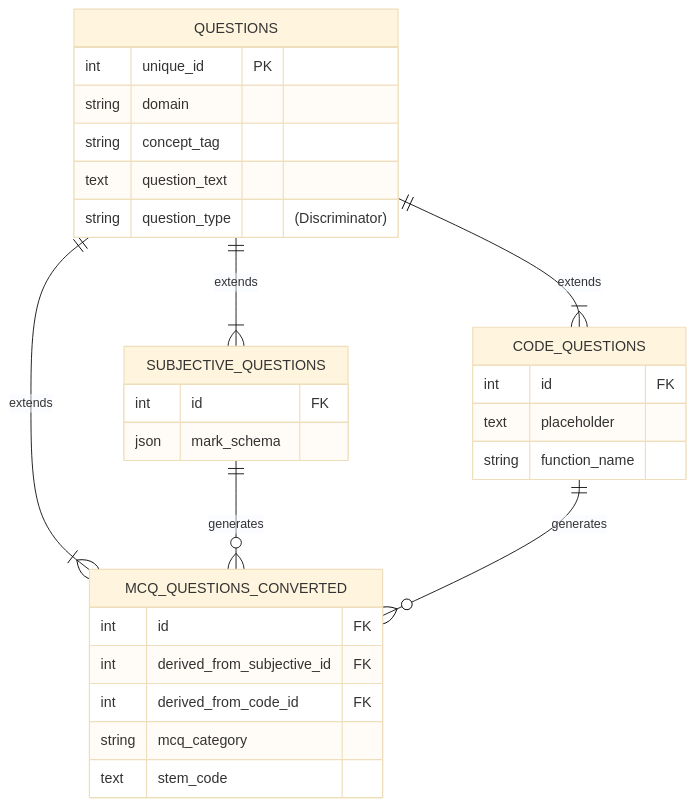
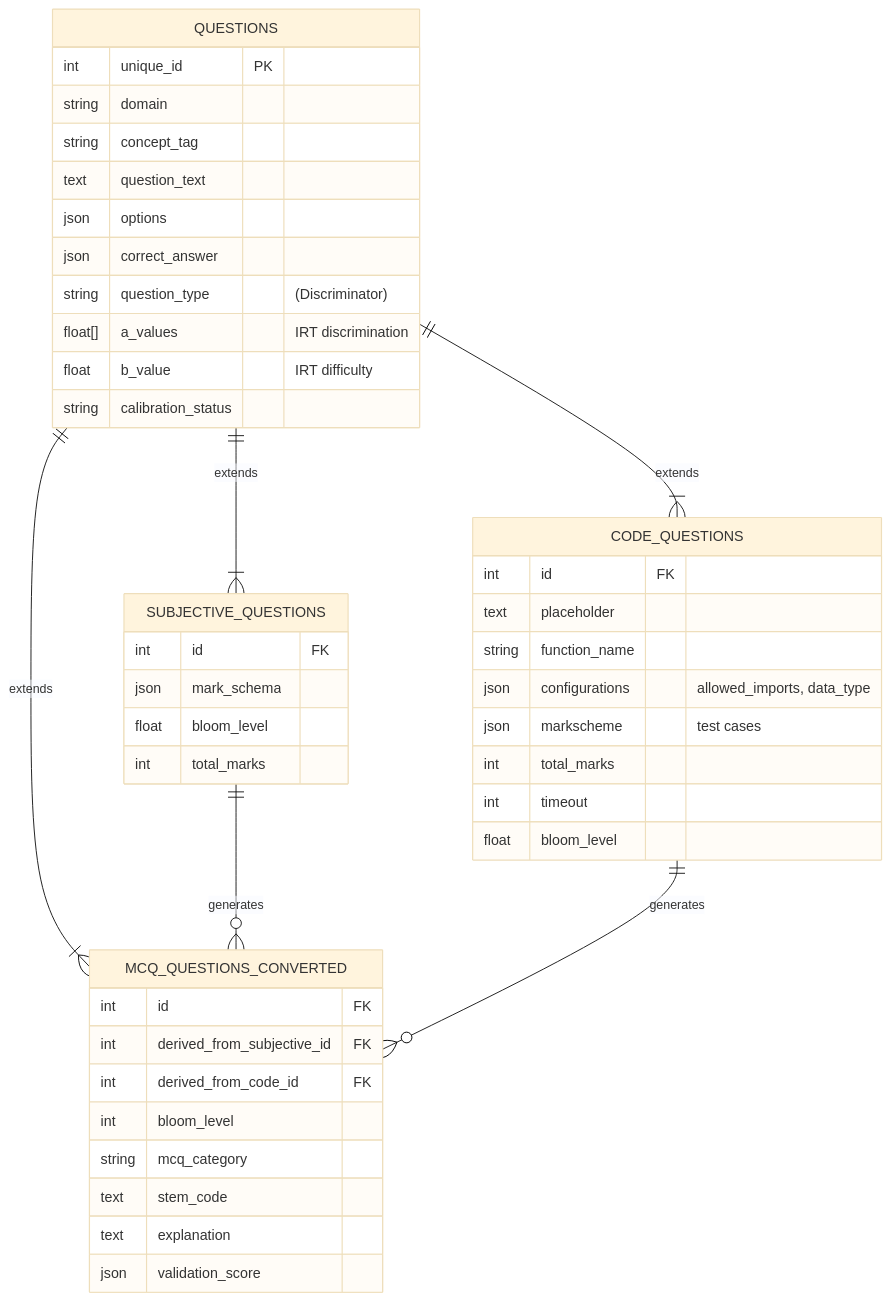
The diagram in generator/mcq_generator/presentation.md (NessWrites/adaptive-exam), drawn with Mermaid (base theme) before and after one commit.

````diff
--- a/generator/mcq_generator/presentation.md
+++ b/generator/mcq_generator/presentation.md
@@ -86,32 +86,47 @@
 ```mermaid
 erDiagram
     QUESTIONS {
         int unique_id PK
         string domain
         string concept_tag
         text question_text
+        json options
+        json correct_answer
         string question_type "(Discriminator)"
+        float[] a_values "IRT discrimination"
+        float b_value "IRT difficulty"
+        string calibration_status
     }
     SUBJECTIVE_QUESTIONS {
         int id FK
         json mark_schema
+        float bloom_level
+        int total_marks
     }
     CODE_QUESTIONS {
         int id FK
         text placeholder
         string function_name
+        json configurations "allowed_imports, data_type"
+        json markscheme "test cases"
+        int total_marks
+        int timeout
+        float bloom_level
     }
     MCQ_QUESTIONS_CONVERTED {
         int id FK
         int derived_from_subjective_id FK
         int derived_from_code_id FK
+        int bloom_level
         string mcq_category
         text stem_code
+        text explanation
+        json validation_score
     }
     
     QUESTIONS ||--|{ SUBJECTIVE_QUESTIONS : extends
     QUESTIONS ||--|{ CODE_QUESTIONS : extends
     QUESTIONS ||--|{ MCQ_QUESTIONS_CONVERTED : extends
     SUBJECTIVE_QUESTIONS ||--o{ MCQ_QUESTIONS_CONVERTED : generates
     CODE_QUESTIONS ||--o{ MCQ_QUESTIONS_CONVERTED : generates
 ```
````
